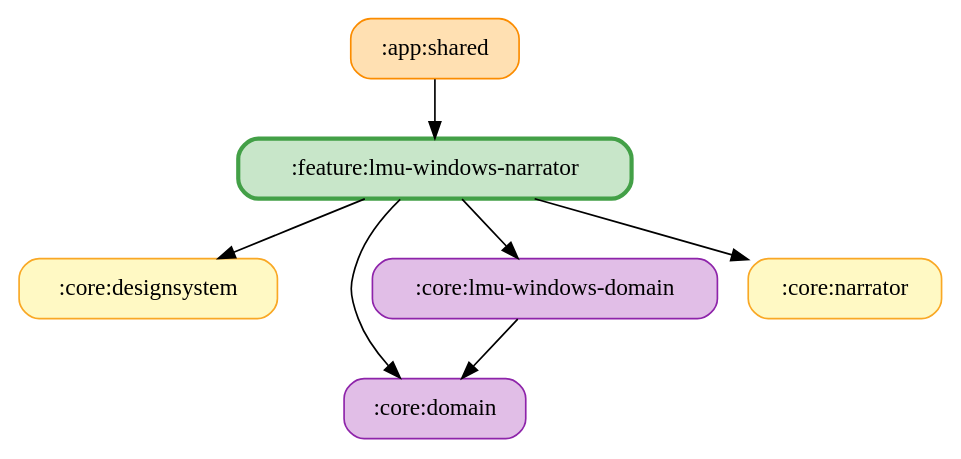
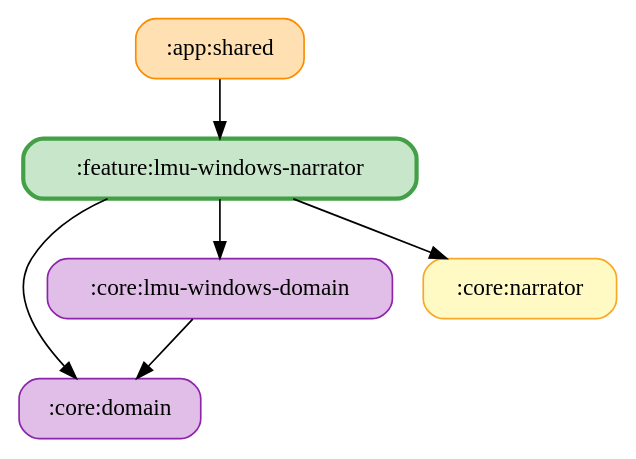
Before and after one commit to ai-kurou/KoDriver: the diagram in docs/graphs/feature-lmu-windows-narrator.gv, drawn with Graphviz. The commit also changed 7 other files, not shown here.

Commit message:
chore: update module graph images

```diff
--- a/docs/graphs/feature-lmu-windows-narrator.gv
+++ b/docs/graphs/feature-lmu-windows-narrator.gv
@@ -1,16 +1,14 @@
 digraph G {
   rankdir=TB
   node [shape=box, style="rounded,filled"]
   ":app:shared" [fillcolor="#FFE0B2", color="#FB8C00", penwidth=1]
-  ":core:designsystem" [fillcolor="#FFF9C4", color="#F9A825", penwidth=1]
   ":core:domain" [fillcolor="#E1BEE7", color="#8E24AA", penwidth=1]
   ":core:lmu-windows-domain" [fillcolor="#E1BEE7", color="#8E24AA", penwidth=1]
   ":core:narrator" [fillcolor="#FFF9C4", color="#F9A825", penwidth=1]
   ":feature:lmu-windows-narrator" [fillcolor="#C8E6C9", color="#43A047", penwidth=2.5]
   ":app:shared" -> ":feature:lmu-windows-narrator"
   ":core:lmu-windows-domain" -> ":core:domain"
   ":feature:lmu-windows-narrator" -> ":core:domain"
   ":feature:lmu-windows-narrator" -> ":core:lmu-windows-domain"
-  ":feature:lmu-windows-narrator" -> ":core:designsystem"
   ":feature:lmu-windows-narrator" -> ":core:narrator"
 }
```
